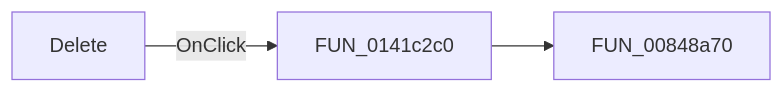
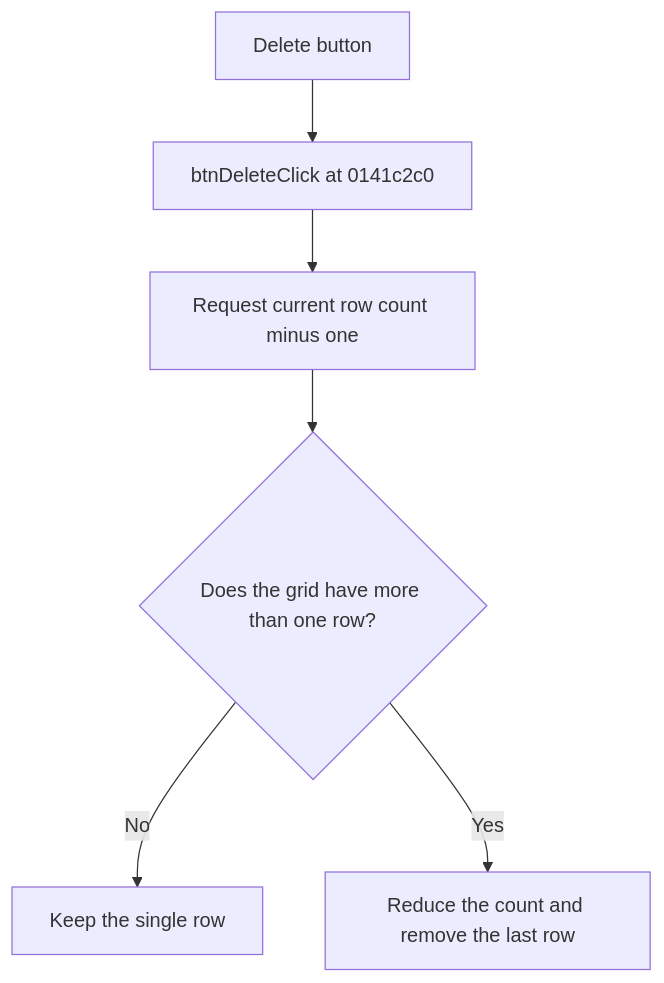
Before and after one commit to MovGP0/TIARA: the diagram in docs/ui-controls/frmschmacroparameditor/btndelete-23b20dea7b.md, drawn with Mermaid. The commit also changed other lines of this file and 387 other files, not shown here.

````diff
--- a/docs/ui-controls/frmschmacroparameditor/btndelete-23b20dea7b.md
+++ b/docs/ui-controls/frmschmacroparameditor/btndelete-23b20dea7b.md
@@ -27,5 +20,8 @@
 ```mermaid
-flowchart LR
-    control["Delete"] -->|OnClick| handler["FUN_0141c2c0"]
-    handler --> call1["FUN_00848a70"]
+flowchart TD
+    control["Delete button"] --> handler["btnDeleteClick at 0141c2c0"]
+    handler --> count["Request current row count minus one"]
+    count --> minimum{"Does the grid have more than one row?"}
+    minimum -->|No| noop["Keep the single row"]
+    minimum -->|Yes| remove["Reduce the count and remove the last row"]
 ```
````
